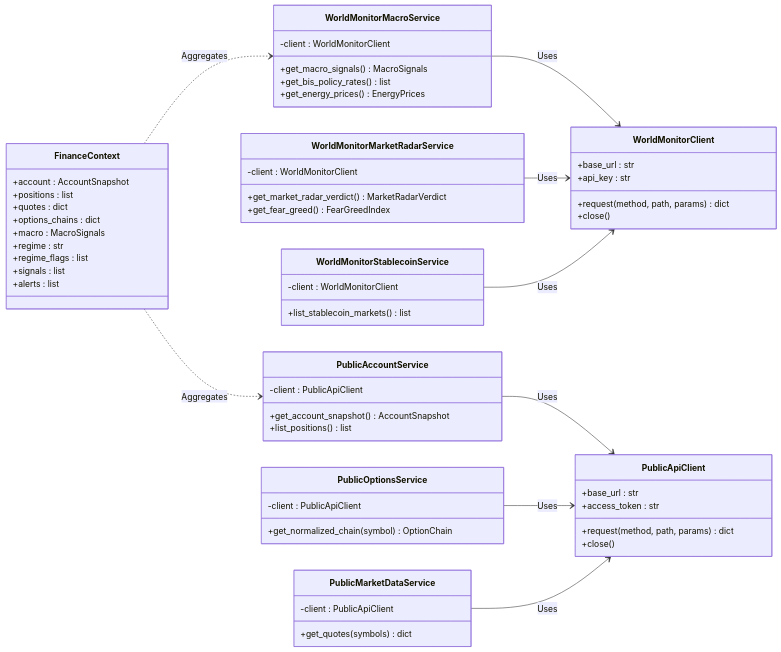
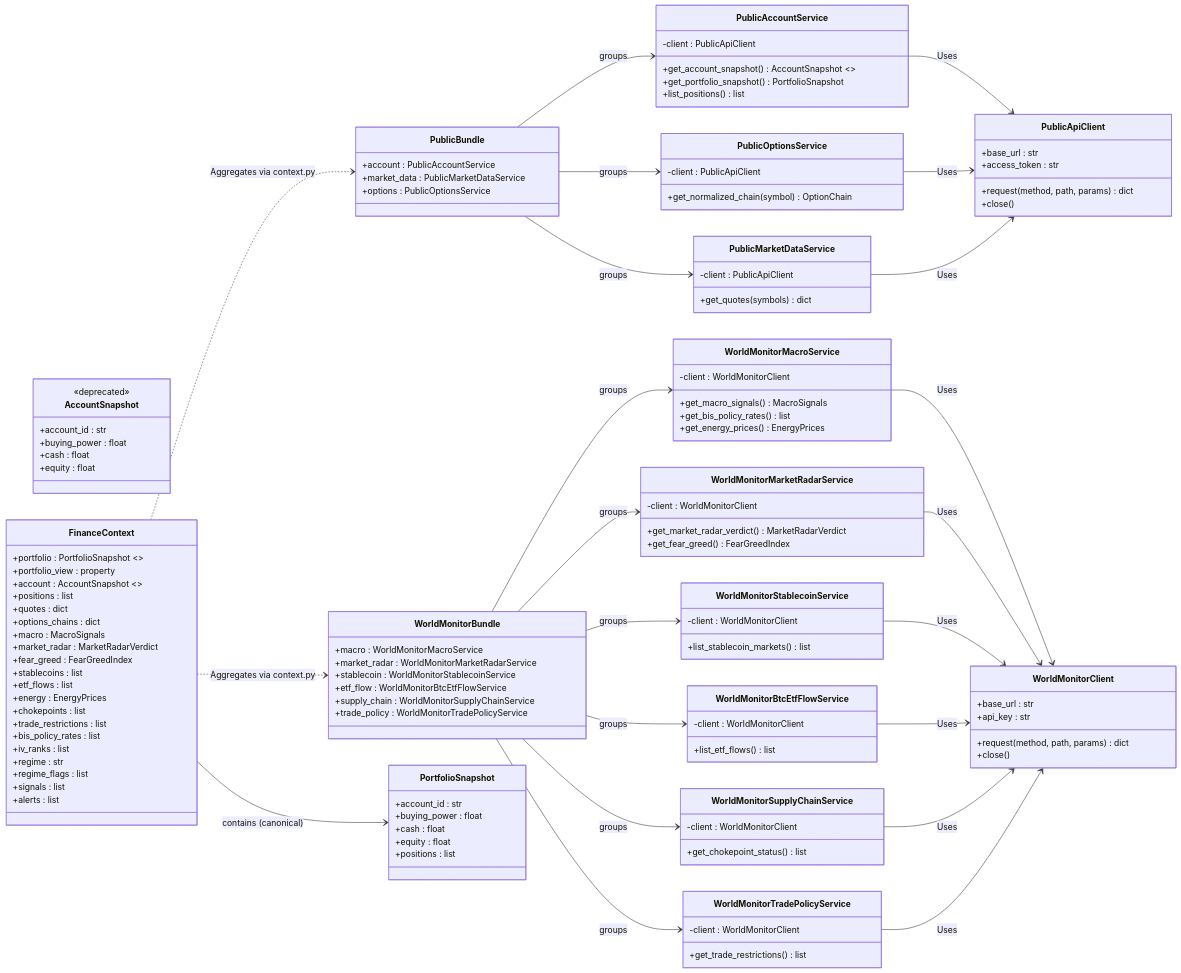
One commit to Of-Arte/Agent-Oculus changed the second of 2 diagrams in README.md. Above: the diagram before and after it, drawn with Mermaid. The commit also changed other lines of this file and 6 other files, not shown here.

````diff
--- a/README.md
+++ b/README.md
@@ -139,6 +148,21 @@
         +access_token : str
         +request(method, path, params) dict
         +close()
+    }
+
+    class PublicBundle {
+        +account : PublicAccountService
+        +market_data : PublicMarketDataService
+        +options : PublicOptionsService
+    }
+
+    class WorldMonitorBundle {
+        +macro : WorldMonitorMacroService
+        +market_radar : WorldMonitorMarketRadarService
+        +stablecoin : WorldMonitorStablecoinService
+        +etf_flow : WorldMonitorBtcEtfFlowService
+        +supply_chain : WorldMonitorSupplyChainService
+        +trade_policy : WorldMonitorTradePolicyService
     }
 
     class WorldMonitorMacroService {
@@ -159,9 +183,25 @@
         +list_stablecoin_markets() list
     }
 
+    class WorldMonitorBtcEtfFlowService {
+        -client : WorldMonitorClient
+        +list_etf_flows() list
+    }
+
+    class WorldMonitorSupplyChainService {
+        -client : WorldMonitorClient
+        +get_chokepoint_status() list
+    }
+
+    class WorldMonitorTradePolicyService {
+        -client : WorldMonitorClient
+        +get_trade_restrictions() list
+    }
+
     class PublicAccountService {
         -client : PublicApiClient
-        +get_account_snapshot() AccountSnapshot
+        +get_account_snapshot() AccountSnapshot <<deprecated>>
+        +get_portfolio_snapshot() PortfolioSnapshot
         +list_positions() list
     }
 
@@ -175,26 +215,68 @@
         +get_quotes(symbols) dict
     }
 
+    class PortfolioSnapshot {
+        +account_id : str
+        +buying_power : float
+        +cash : float
+        +equity : float
+        +positions : list
+    }
+
+    class AccountSnapshot {
+        <<deprecated>>
+        +account_id : str
+        +buying_power : float
+        +cash : float
+        +equity : float
+    }
+
     class FinanceContext {
-        +account : AccountSnapshot
+        +portfolio : PortfolioSnapshot <<canonical>>
+        +portfolio_view : property
+        +account : AccountSnapshot <<deprecated>>
         +positions : list
         +quotes : dict
         +options_chains : dict
         +macro : MacroSignals
+        +market_radar : MarketRadarVerdict
+        +fear_greed : FearGreedIndex
+        +stablecoins : list
+        +etf_flows : list
+        +energy : EnergyPrices
+        +chokepoints : list
+        +trade_restrictions : list
+        +bis_policy_rates : list
+        +iv_ranks : list
         +regime : str
         +regime_flags : list
         +signals : list
         +alerts : list
     }
 
+    PublicBundle --> PublicAccountService : groups
+    PublicBundle --> PublicOptionsService : groups
+    PublicBundle --> PublicMarketDataService : groups
+
+    WorldMonitorBundle --> WorldMonitorMacroService : groups
+    WorldMonitorBundle --> WorldMonitorMarketRadarService : groups
+    WorldMonitorBundle --> WorldMonitorStablecoinService : groups
+    WorldMonitorBundle --> WorldMonitorBtcEtfFlowService : groups
+    WorldMonitorBundle --> WorldMonitorSupplyChainService : groups
+    WorldMonitorBundle --> WorldMonitorTradePolicyService : groups
+
     WorldMonitorMacroService --> WorldMonitorClient : Uses
     WorldMonitorMarketRadarService --> WorldMonitorClient : Uses
     WorldMonitorStablecoinService --> WorldMonitorClient : Uses
+    WorldMonitorBtcEtfFlowService --> WorldMonitorClient : Uses
+    WorldMonitorSupplyChainService --> WorldMonitorClient : Uses
+    WorldMonitorTradePolicyService --> WorldMonitorClient : Uses
 
     PublicAccountService --> PublicApiClient : Uses
     PublicOptionsService --> PublicApiClient : Uses
     PublicMarketDataService --> PublicApiClient : Uses
 
-    FinanceContext ..> WorldMonitorMacroService : Aggregates
-    FinanceContext ..> PublicAccountService : Aggregates
+    FinanceContext ..> PublicBundle : Aggregates via context.py
+    FinanceContext ..> WorldMonitorBundle : Aggregates via context.py
+    FinanceContext --> PortfolioSnapshot : contains (canonical)
 ```
````
